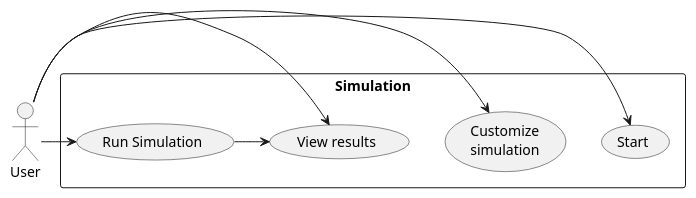
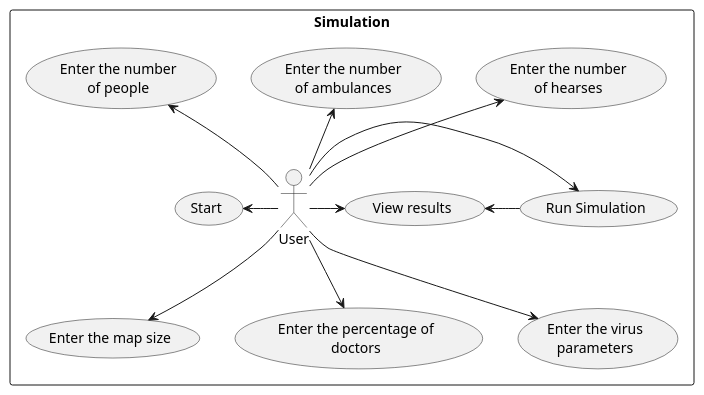
Before and after one commit to karolWazny/plague-repo: the diagram in out/usecases_diagram/usecases_diagram.plantuml, drawn with PlantUML. The commit also changed 2 other files, not shown here.

Commit message:
Diagram przypadków użycia v2

```diff
--- a/out/usecases_diagram/usecases_diagram.plantuml
+++ b/out/usecases_diagram/usecases_diagram.plantuml
@@ -1,10 +1,17 @@
 @startuml Usecases
-:User: 
+ 
 rectangle Simulation {
-    :User: -> (Start)
-    :User: -> (Customize\nsimulation)
-    :User: -> (Run Simulation)
-    (Run Simulation) -> (View results)
-    :User: -> (View results)
+    :User:
+    :User: -left-> (Start)
+    :User: -up-> (Enter the number\nof people)
+    :User: -down-> (Enter the map size)
+    :User: -up-> (Enter the number\nof ambulances)
+    :User: -up-> (Enter the number\nof hearses)
+    :User: -down-> (Enter the percentage of\ndoctors)
+    :User: -down-> (Enter the virus\nparameters)
+    :User: -left-> (Run Simulation) 
+    (Run Simulation) -left-> (View results)
+    :User: -right-> (View results)
+    
 }
 @enduml
```
